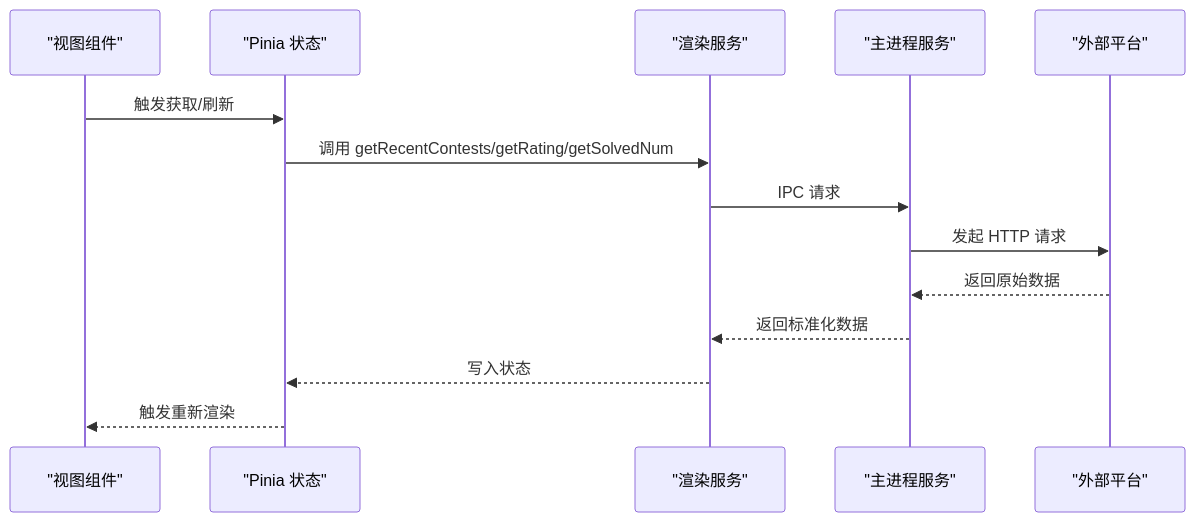
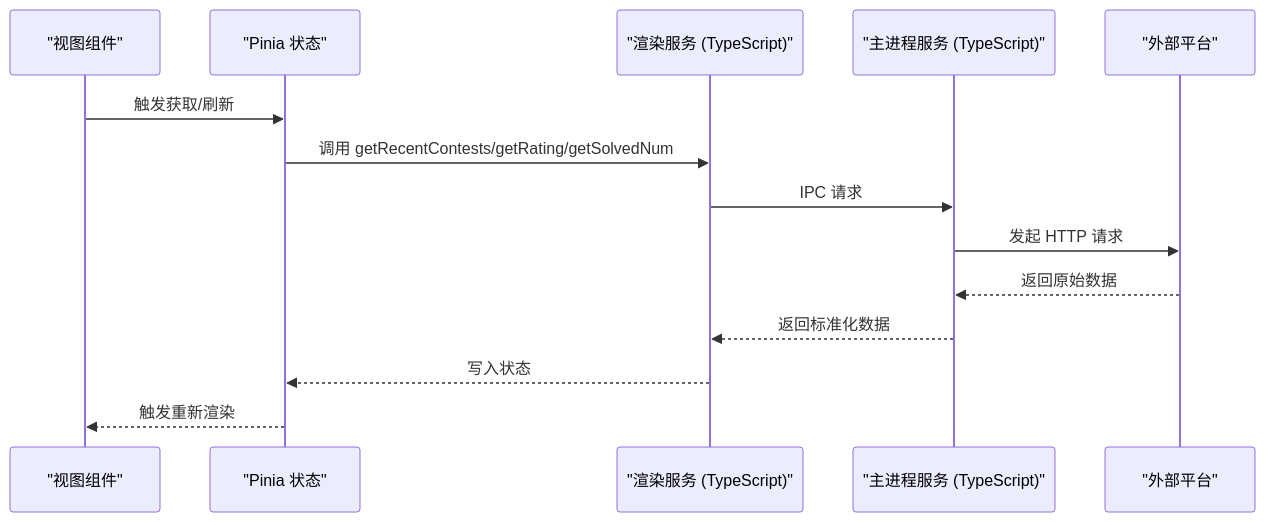
Before and after one commit to Siborne/OJFlow: the second of 7 diagrams in .qoder/repowiki/zh/content/核心功能模块/核心功能模块.md, drawn with Mermaid. The commit also changed other lines of this file and 12 other files, not shown here.

````diff
--- a/.qoder/repowiki/zh/content/核心功能模块/核心功能模块.md
+++ b/.qoder/repowiki/zh/content/核心功能模块/核心功能模块.md
@@ -102,16 +115,16 @@
 ```mermaid
 sequenceDiagram
 participant View as "视图组件"
 participant Store as "Pinia 状态"
-participant Service as "渲染服务"
-participant MainSvc as "主进程服务"
+participant Service as "渲染服务 (TypeScript)"
+participant MainSvc as "主进程服务 (TypeScript)"
 participant Net as "外部平台"
 View->>Store : 触发获取/刷新
 Store->>Service : 调用 getRecentContests/getRating/getSolvedNum
 Service->>MainSvc : IPC 请求
 MainSvc->>Net : 发起 HTTP 请求
 Net-->>MainSvc : 返回原始数据
 MainSvc-->>Service : 返回标准化数据
 Service-->>Store : 写入状态
 Store-->>View : 触发重新渲染
 ```
````
